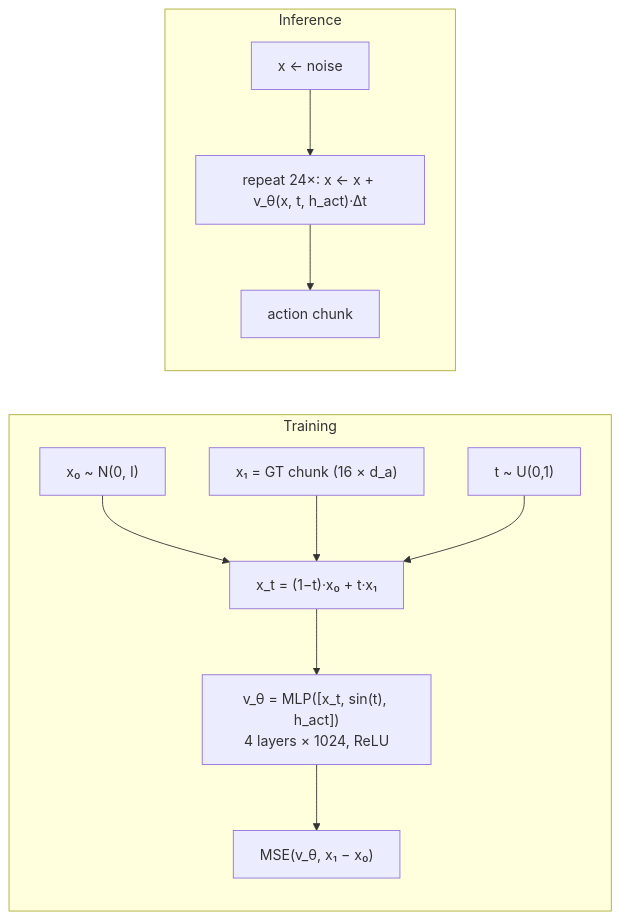
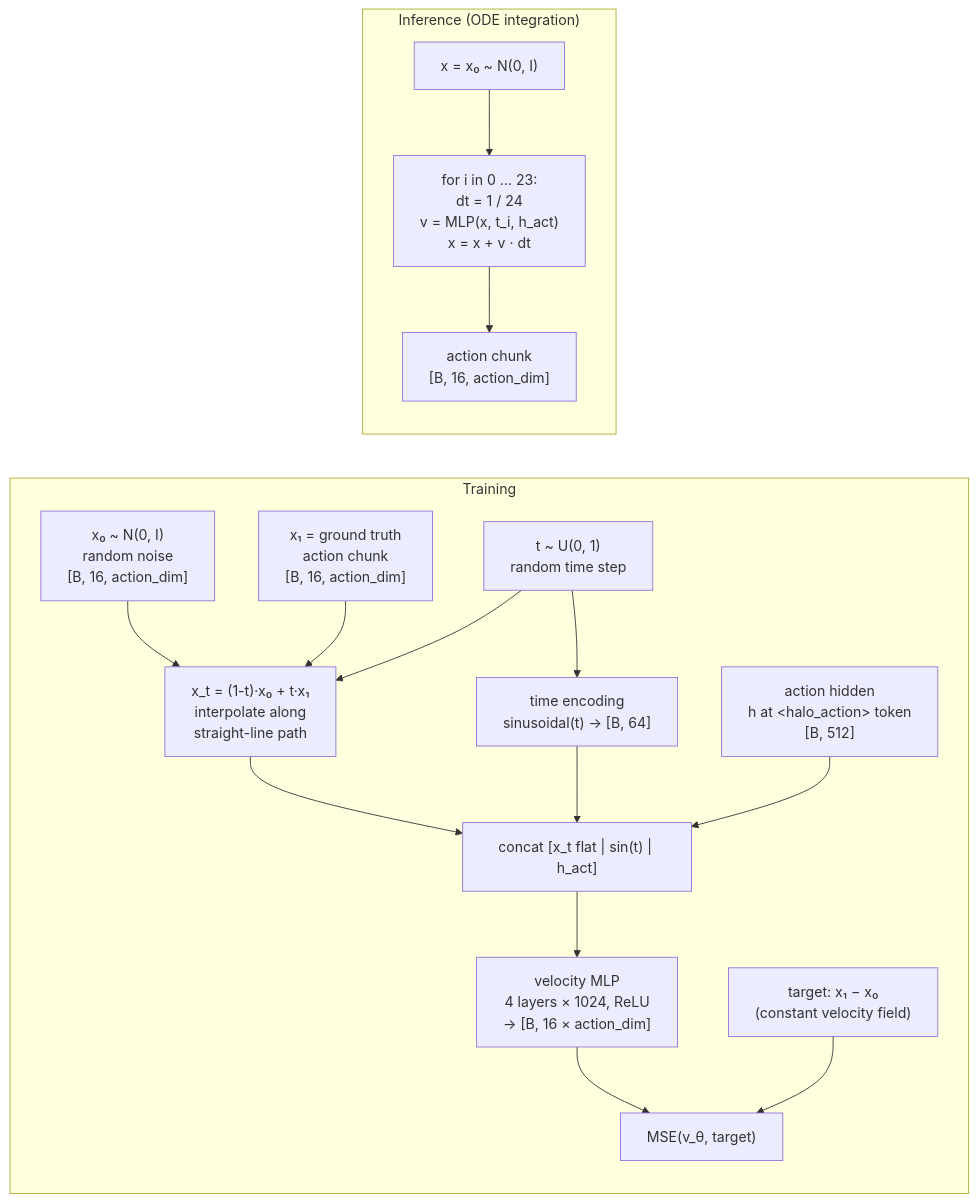
Before and after one commit to basaanithanaveenkumar/HALE-WAM: the fourth of 8 diagrams in docs/architecture.md, drawn with Mermaid. The commit also changed other lines of this file and 1 other file, not shown here.

First line of the commit message:
docs: add laymen Mermaid overview to README and expand architecture.md

````diff
--- a/docs/architecture.md
+++ b/docs/architecture.md
@@ -28,14 +112,27 @@
 ```mermaid
 flowchart LR
-  subgraph Training
-    X0["x₀ ~ N(0, I)"] --> XT["x_t = (1−t)·x₀ + t·x₁"]
-    X1["x₁ = GT chunk (16 × d_a)"] --> XT
-    TT["t ~ U(0,1)"] --> XT
-    XT --> V["v_θ = MLP([x_t, sin(t), h_act])<br/>4 layers × 1024, ReLU"]
-    V --> L["MSE(v_θ, x₁ − x₀)"]
+  subgraph TRAIN["Training"]
+    X0["x₀ ~ N(0, I)\nrandom noise\n[B, 16, action_dim]"]
+    X1["x₁ = ground truth\naction chunk\n[B, 16, action_dim]"]
+    T_U["t ~ U(0, 1)\nrandom time step"]
+    XT["x_t = (1-t)·x₀ + t·x₁\ninterpolate along\nstraight-line path"]
+    TENC["time encoding\nsinusoidal(t) → [B, 64]"]
+    HACT["action hidden\nh at &lt;halo_action&gt; token\n[B, 512]"]
+    CAT["concat [x_t flat | sin(t) | h_act]"]
+    MLP["velocity MLP\n4 layers × 1024, ReLU\n→ [B, 16 × action_dim]"]
+    TARGET["target: x₁ − x₀\n(constant velocity field)"]
+    LOSS["MSE(v_θ, target)"]
+
+    X0 & X1 --> XT
+    T_U --> XT & TENC
+    XT & TENC & HACT --> CAT --> MLP
+    MLP & TARGET --> LOSS
   end
-  subgraph Inference
-    N0["x ← noise"] --> LOOP["repeat 24×: x ← x + v_θ(x, t, h_act)·Δt"]
-    LOOP --> A["action chunk"]
+
+  subgraph INFER["Inference (ODE integration)"]
+    NOISE["x = x₀ ~ N(0, I)"]
+    LOOP["for i in 0 … 23:\n  dt = 1 / 24\n  v = MLP(x, t_i, h_act)\n  x = x + v · dt"]
+    ACTION["action chunk\n[B, 16, action_dim]"]
+    NOISE --> LOOP --> ACTION
   end
 ```
````
